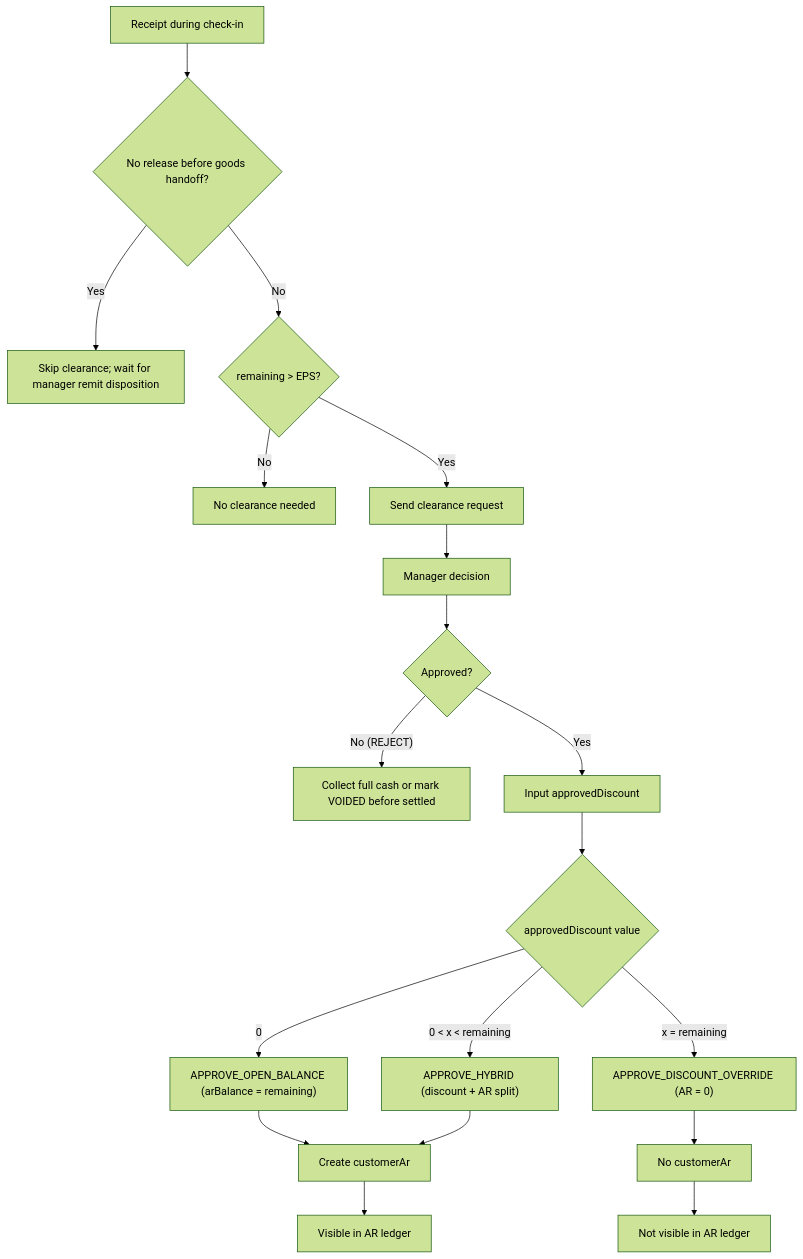
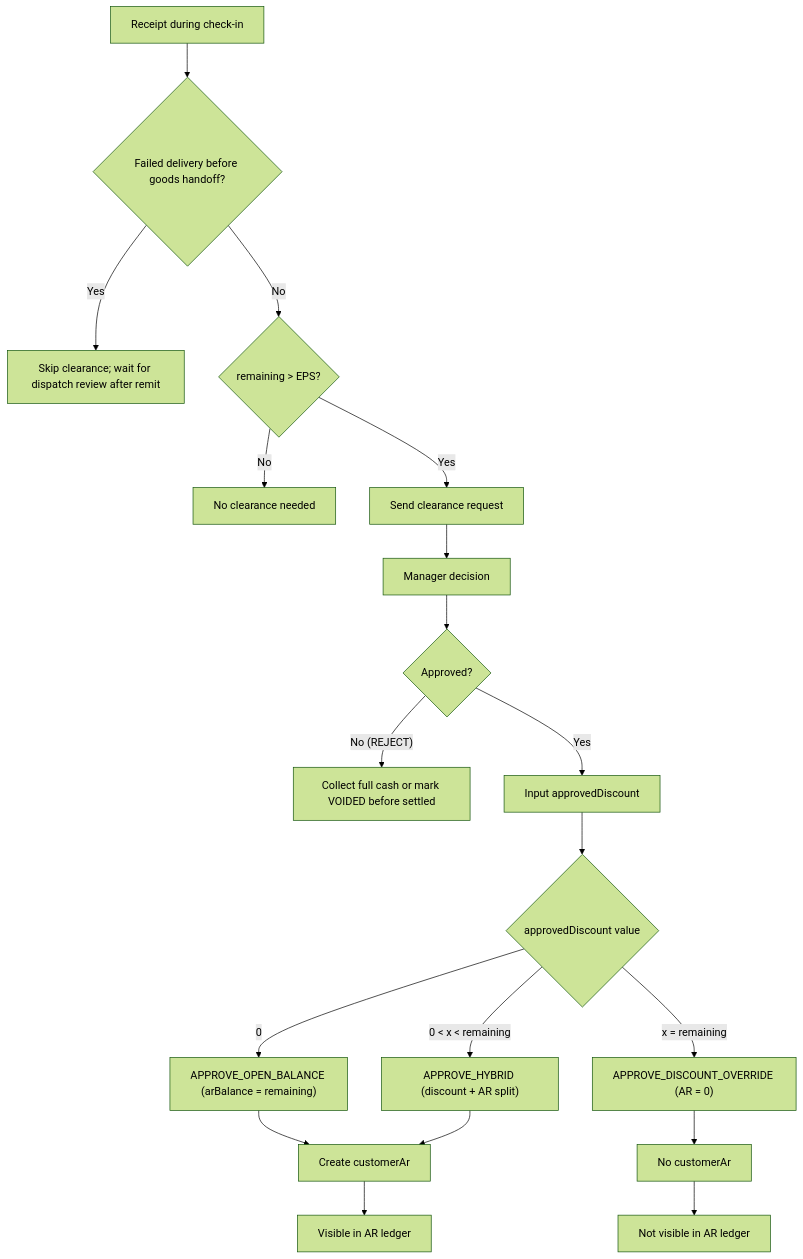
The second of 5 diagrams in docs/guide/DIAGRAMS_DELIVERY_CSS_AR.md (helloword214/zmstore-pos), drawn with Mermaid (forest theme) before and after one commit. The commit also changed other lines of this file and 9 other files, not shown here.

First line of the commit message:
fix(delivery): move failed-delivery resolution to dispatch

````diff
--- a/docs/guide/DIAGRAMS_DELIVERY_CSS_AR.md
+++ b/docs/guide/DIAGRAMS_DELIVERY_CSS_AR.md
@@ -67,21 +70,21 @@
 ```mermaid
 flowchart TD
-    A["Receipt during check-in"] --> A1{"No release before goods handoff?"}
-    A1 -- "Yes" --> A2["Skip clearance; wait for manager remit disposition"]
+    A["Receipt during check-in"] --> A1{"Failed delivery before goods handoff?"}
+    A1 -- "Yes" --> A2["Skip clearance; wait for dispatch review after remit"]
     A1 -- "No" --> B{"remaining > EPS?"}
     B -- "No" --> C["No clearance needed"]
     B -- "Yes" --> D["Send clearance request"]
     D --> E["Manager decision"]
     E --> F{"Approved?"}
     F -- "No (REJECT)" --> G["Collect full cash or mark VOIDED before settled"]
     F -- "Yes" --> H["Input approvedDiscount"]
     H --> I{"approvedDiscount value"}
     I -- "0" --> J["APPROVE_OPEN_BALANCE (arBalance = remaining)"]
     I -- "0 < x < remaining" --> K["APPROVE_HYBRID (discount + AR split)"]
     I -- "x = remaining" --> L["APPROVE_DISCOUNT_OVERRIDE (AR = 0)"]
     J --> M["Create customerAr"]
     K --> M
     L --> N["No customerAr"]
     M --> O["Visible in AR ledger"]
     N --> P["Not visible in AR ledger"]
 ```
````
